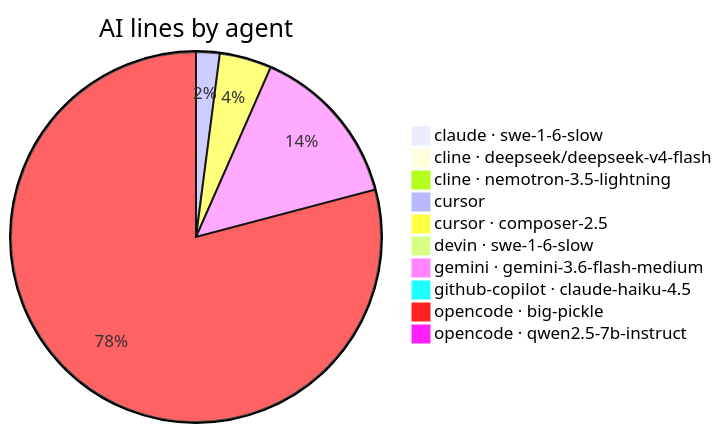
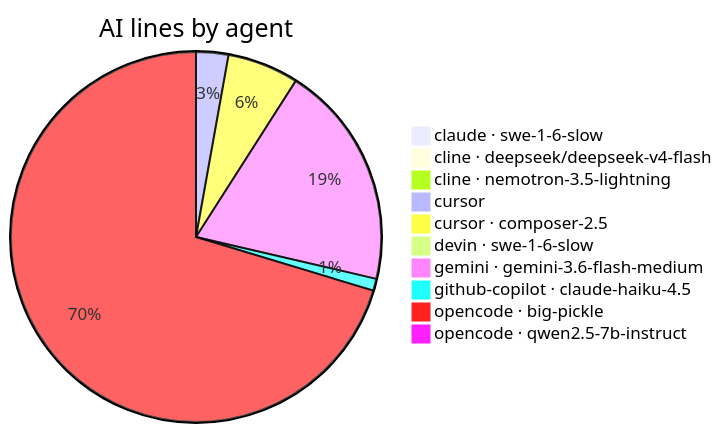
One commit to CaliMark/game-of-life changed the second of 2 diagrams in AI-AUTHORSHIP.md. Above: the diagram before and after it, drawn with Mermaid. The commit also changed other lines of this file and 1 other file, not shown here.

````diff
--- a/AI-AUTHORSHIP.md
+++ b/AI-AUTHORSHIP.md
@@ -27,13 +27,13 @@
 ```mermaid
 pie title AI lines by agent
     "claude · swe-1-6-slow" : 1
     "cline · deepseek/deepseek-v4-flash" : 1
     "cline · nemotron-3.5-lightning" : 1
     "cursor" : 19
     "cursor · composer-2.5" : 42
     "devin · swe-1-6-slow" : 1
     "gemini · gemini-3.6-flash-medium" : 132
     "github-copilot · claude-haiku-4.5" : 7
-    "opencode · big-pickle" : 731
+    "opencode · big-pickle" : 474
     "opencode · qwen2.5-7b-instruct" : 3
 ```
````
